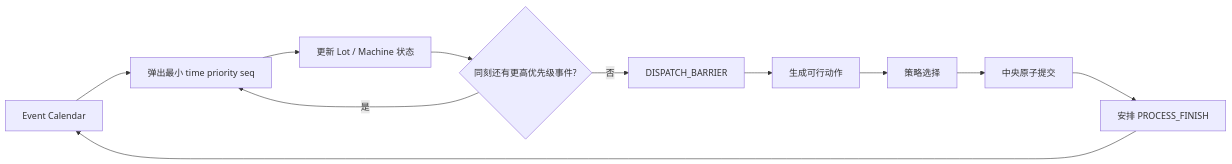
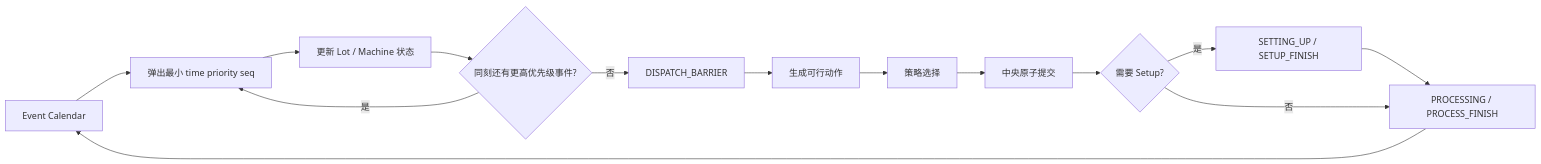
Before and after one commit to Jamlet-T/semiconductor-scheduling-course-design: the diagram in docs/des-architecture.md, drawn with Mermaid. The commit also changed other lines of this file and 17 other files, not shown here.

````diff
--- a/docs/des-architecture.md
+++ b/docs/des-architecture.md
@@ -22,13 +24,16 @@
 ```mermaid
 flowchart LR
     A[Event Calendar] --> B[弹出最小 time priority seq]
     B --> C[更新 Lot / Machine 状态]
     C --> D{同刻还有更高优先级事件?}
     D -- 是 --> B
     D -- 否 --> E[DISPATCH_BARRIER]
     E --> F[生成可行动作]
     F --> G[策略选择]
     G --> H[中央原子提交]
-    H --> I[安排 PROCESS_FINISH]
-    I --> A
+    H --> I{需要 Setup?}
+    I -- 是 --> J[SETTING_UP / SETUP_FINISH]
+    J --> K[PROCESSING / PROCESS_FINISH]
+    I -- 否 --> K
+    K --> A
 ```
````
